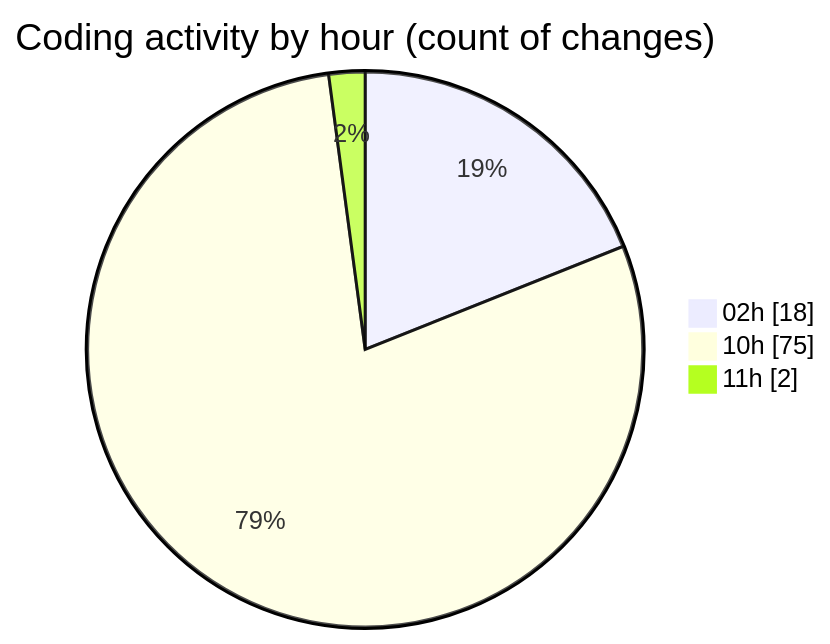
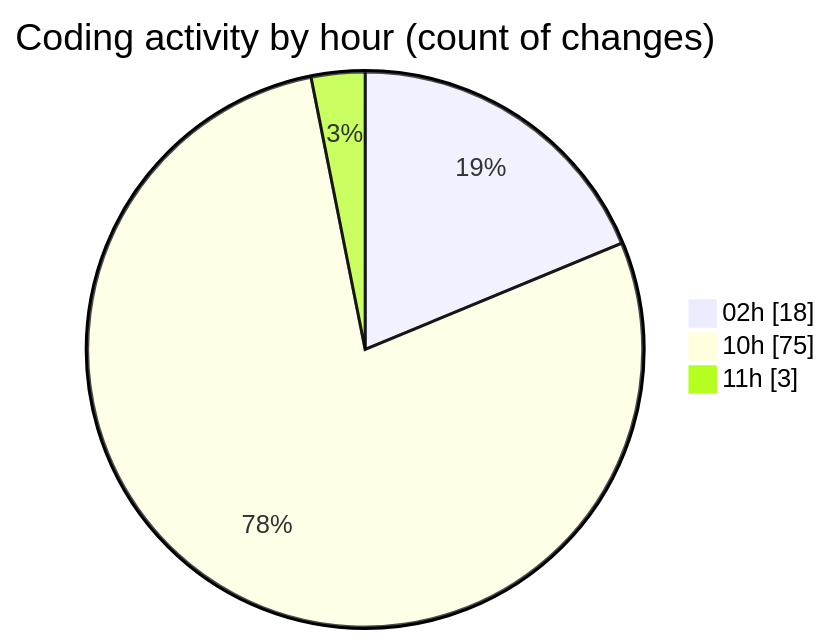
The second of 2 diagrams in 2026-07-08/twenty_versions_aminor/README.md (shibass792/code-tracking), drawn with Mermaid before and after one commit. The commit also changed other lines of this file and 1 other file, not shown here.

````diff
--- a/2026-07-08/twenty_versions_aminor/README.md
+++ b/2026-07-08/twenty_versions_aminor/README.md
@@ -32,7 +33,7 @@
 ```mermaid
 pie showData
 title Coding activity by hour (count of changes)
 "02h" : 18
 "10h" : 75
-"11h" : 2
+"11h" : 3
 ```
````
